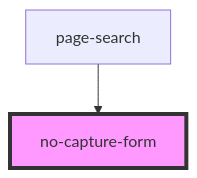
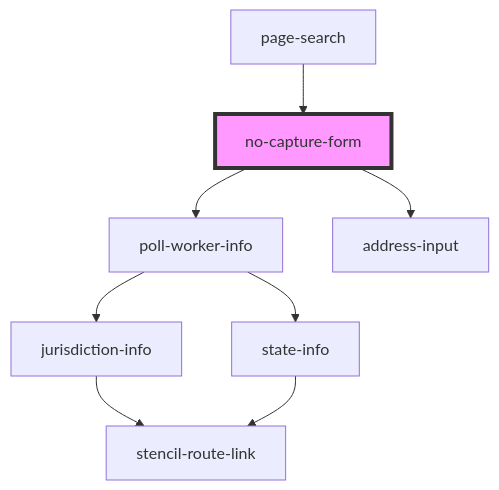
The diagram in site/src/components/no-capture-form/readme.md (pizza-to-the-polls/power-the-polls), drawn with Mermaid before and after one commit. The commit also changed other lines of this file and 14 other files, not shown here.

````diff
--- a/site/src/components/no-capture-form/readme.md
+++ b/site/src/components/no-capture-form/readme.md
@@ -22,5 +27,11 @@
 ```mermaid
 graph TD;
+  no-capture-form --> poll-worker-info
+  no-capture-form --> address-input
+  poll-worker-info --> jurisdiction-info
+  poll-worker-info --> state-info
+  jurisdiction-info --> stencil-route-link
+  state-info --> stencil-route-link
   page-search --> no-capture-form
   style no-capture-form fill:#f9f,stroke:#333,stroke-width:4px
 ```
````
